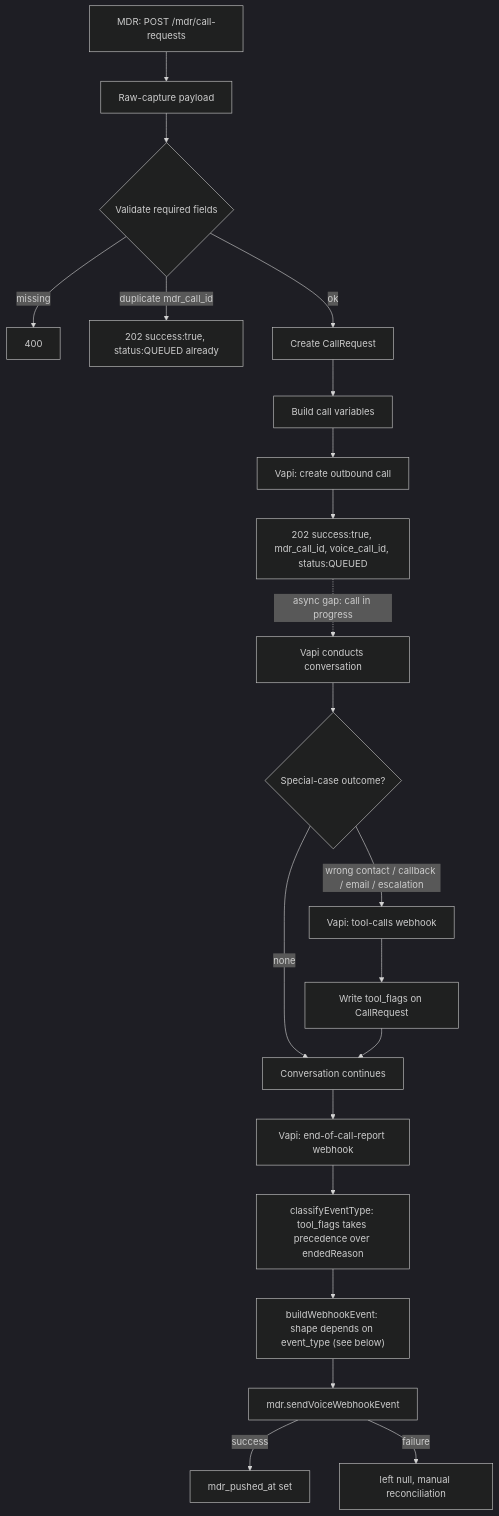
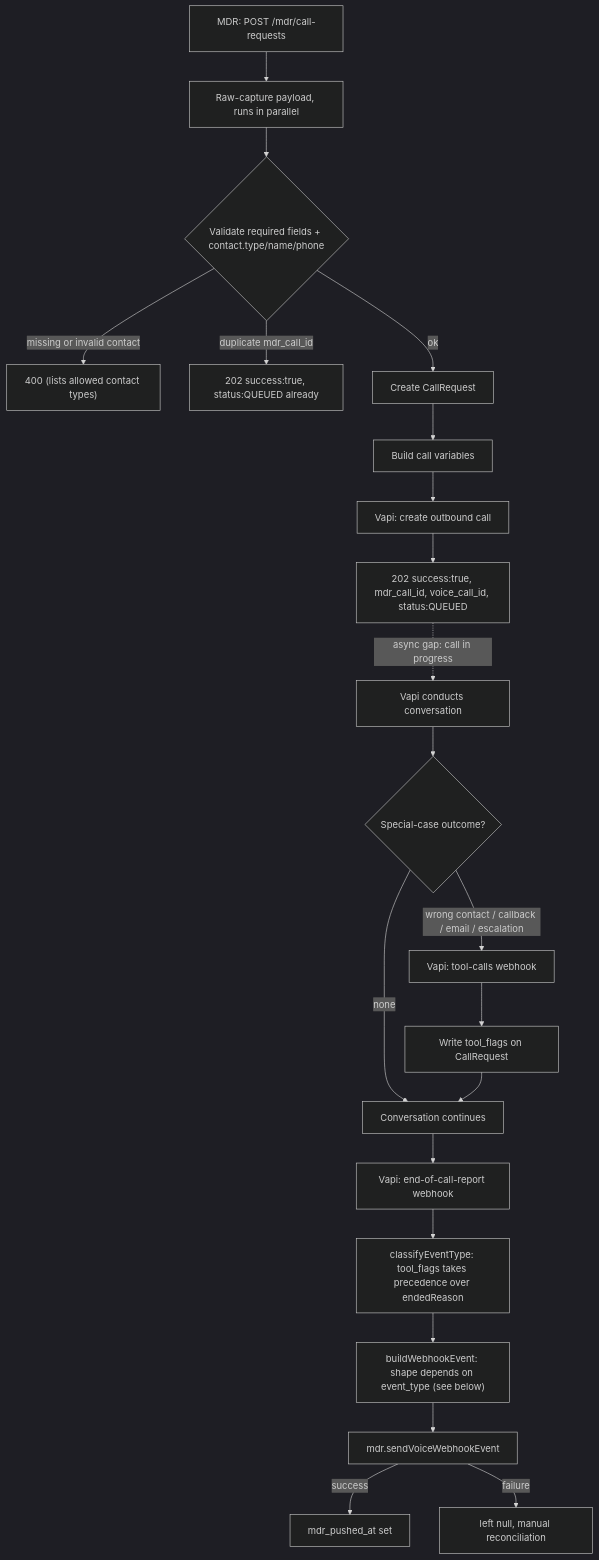
One commit to premvishwakarma95/shipment-tracking-agent changed the diagram in docs/call-flow.md. Above: the diagram before and after it, drawn with Mermaid (dark theme). The commit also changed other lines of this file and 13 other files, not shown here.

First line of the commit message:
Address MDR multi-shipment feedback (wording, formats, driver flow, 400s)

````diff
--- a/docs/call-flow.md
+++ b/docs/call-flow.md
@@ -3,25 +3,25 @@
 ```mermaid
 flowchart TD
-    A[MDR: POST /mdr/call-requests] --> B[Raw-capture payload]
-    B --> C{Validate required fields}
-    C -- missing --> C1[400]
+    A[MDR: POST /mdr/call-requests] --> B[Raw-capture payload, runs in parallel]
+    B --> C{Validate required fields + contact.type/name/phone}
+    C -- missing or invalid contact --> C1["400 (lists allowed contact types)"]
     C -- duplicate mdr_call_id --> C2["202 success:true, status:QUEUED already"]
     C -- ok --> D[Create CallRequest]
     D --> E[Build call variables]
     E --> F[Vapi: create outbound call]
     F --> G["202 success:true, mdr_call_id, voice_call_id, status:QUEUED"]
 
     G -.async gap: call in progress.-> H[Vapi conducts conversation]
     H --> I{Special-case outcome?}
     I -- wrong contact / callback / email / escalation --> J[Vapi: tool-calls webhook]
     J --> K[Write tool_flags on CallRequest]
     I -- none --> L[Conversation continues]
     K --> L
 
     L --> M[Vapi: end-of-call-report webhook]
     M --> N[classifyEventType: tool_flags takes precedence over endedReason]
     N --> O["buildWebhookEvent: shape depends on event_type (see below)"]
     O --> P[mdr.sendVoiceWebhookEvent]
     P -- success --> Q[mdr_pushed_at set]
     P -- failure --> R[left null, manual reconciliation]
 ```
````
